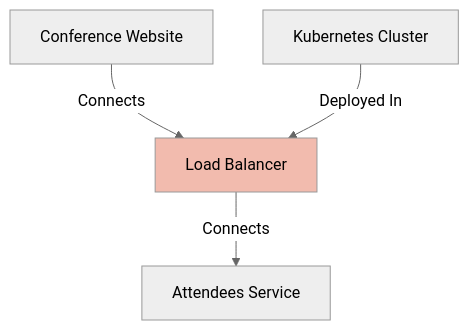
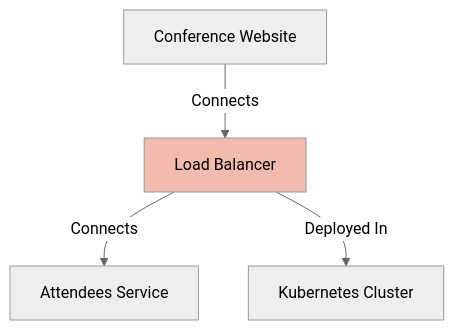
One commit to finos/architecture-as-code changed the first of 3 diagrams in calm-widgets/README.md. Above: the diagram before and after it, drawn with Mermaid (neutral theme). The commit also changed other lines of this file, not shown here.

Commit message:
docs(calm-widgets): fix reversed deployed-in direction in related-nodes README examples

````diff
--- a/calm-widgets/README.md
+++ b/calm-widgets/README.md
@@ -141,8 +141,8 @@
 ```mermaid
 graph TD;
 load-balancer[Load Balancer]:::highlight;
 conference-website[Conference Website] -- Connects --> load-balancer[Load Balancer];
 load-balancer[Load Balancer] -- Connects --> attendees[Attendees Service];
-k8s-cluster[Kubernetes Cluster] -- Deployed In --> load-balancer[Load Balancer];
+load-balancer[Load Balancer] -- Deployed In --> k8s-cluster[Kubernetes Cluster];
 classDef highlight fill:#f2bbae;
 ```
````
